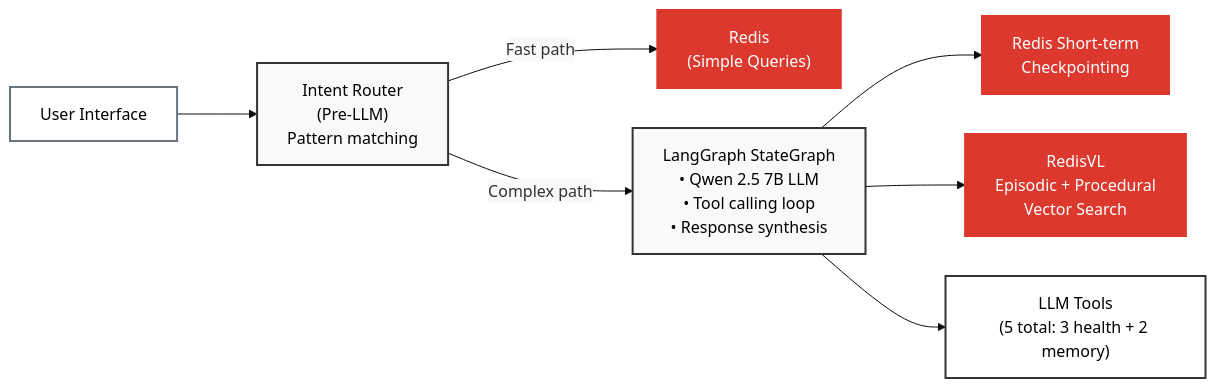
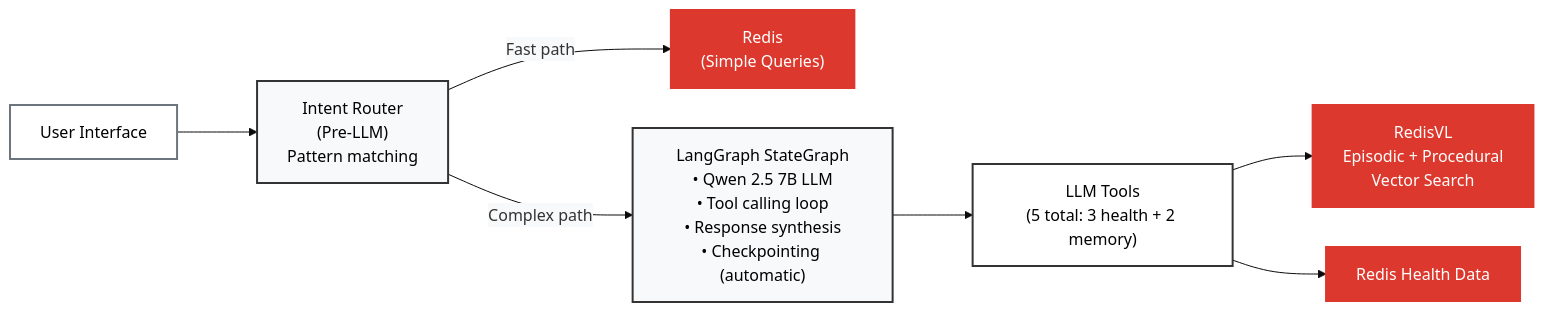
Before and after one commit to AllieRays/redis-wellness: the third of 6 diagrams in docs/SLIDE_MATERIAL.md, drawn with Mermaid. The commit also changed other lines of this file and 1 other file, not shown here.

````diff
--- a/docs/SLIDE_MATERIAL.md
+++ b/docs/SLIDE_MATERIAL.md
@@ -80,26 +79,26 @@
 ```mermaid
 %%{init: {'theme':'base', 'themeVariables': { 'fontSize':'16px', 'edgeLabelBackground':'#f8f9fa'}, 'flowchart': {'rankSpacing': 80, 'nodeSpacing': 40}}}%%
 flowchart LR
     UI["User Interface"]
     Router["Intent Router<br/>(Pre-LLM)<br/>Pattern matching"]
     Simple["Redis<br/>(Simple Queries)"]
-    Complex["LangGraph StateGraph<br/>• Qwen 2.5 7B LLM<br/>• Tool calling loop<br/>• Response synthesis"]
-    RedisShort["Redis Short-term<br/>Checkpointing"]
+    Complex["LangGraph StateGraph<br/>• Qwen 2.5 7B LLM<br/>• Tool calling loop<br/>• Response synthesis<br/>• Checkpointing (automatic)"]
     RedisVL["RedisVL<br/>Episodic + Procedural<br/>Vector Search"]
     Tools["LLM Tools<br/>(5 total: 3 health + 2 memory)"]
+    RedisData["Redis Health Data"]
 
     UI --> Router
     Router -->|"Fast path"| Simple
     Router -->|"Complex path"| Complex
-    Complex --> RedisShort
-    Complex --> RedisVL
     Complex --> Tools
+    Tools --> RedisVL
+    Tools --> RedisData
 
     style UI fill:#fff,stroke:#6c757d,stroke-width:2px,color:#000
     style Router fill:#f8f9fa,stroke:#333,stroke-width:2px,color:#000
     style Simple fill:#dc382d,stroke:#dc382d,stroke-width:2px,color:#fff
     style Complex fill:#f8f9fa,stroke:#333,stroke-width:2px,color:#000
-    style RedisShort fill:#dc382d,stroke:#dc382d,stroke-width:2px,color:#fff
     style RedisVL fill:#dc382d,stroke:#dc382d,stroke-width:2px,color:#fff
     style Tools fill:#fff,stroke:#333,stroke-width:2px,color:#000
+    style RedisData fill:#dc382d,stroke:#dc382d,stroke-width:2px,color:#fff
 ```
````
